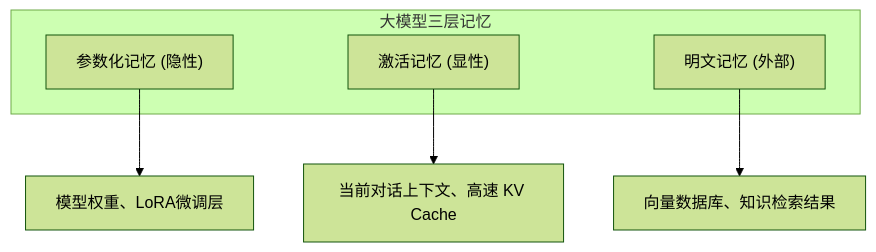
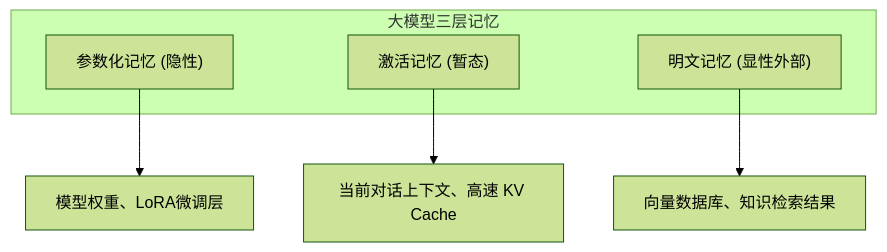
One commit to yeasy/context_engineering_guide changed the diagram in 04_write/4.2_memory_architecture.md. Above: the diagram before and after it, drawn with Mermaid (forest theme). The commit also changed other lines of this file and 3 other files, not shown here.

````diff
--- a/04_write/4.2_memory_architecture.md
+++ b/04_write/4.2_memory_architecture.md
@@ -22,12 +22,12 @@
 ```mermaid
 graph TB
     subgraph "大模型三层记忆"
         A["参数化记忆 (隐性)"]
-        B["激活记忆 (显性)"]
-        C["明文记忆 (外部)"]
+        B["激活记忆 (暂态)"]
+        C["明文记忆 (显性外部)"]
     end
 
     A --> A1["模型权重、LoRA微调层"]
     B --> B1["当前对话上下文、高速 KV Cache"]
     C --> C1["向量数据库、知识检索结果"]
 ```
````
